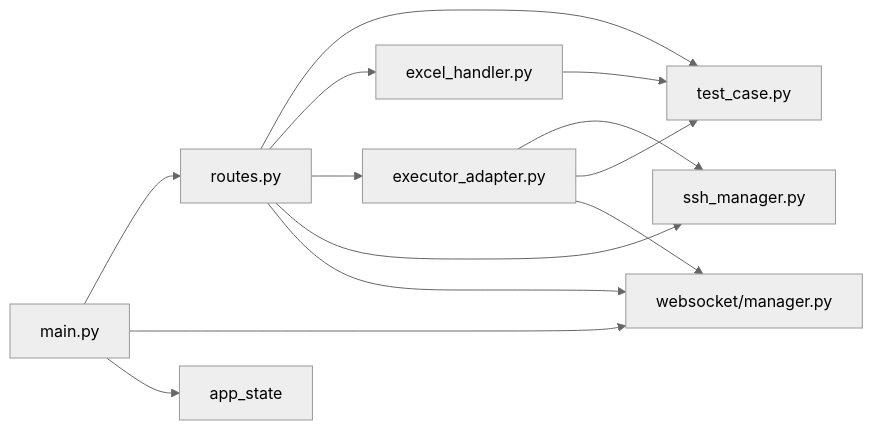
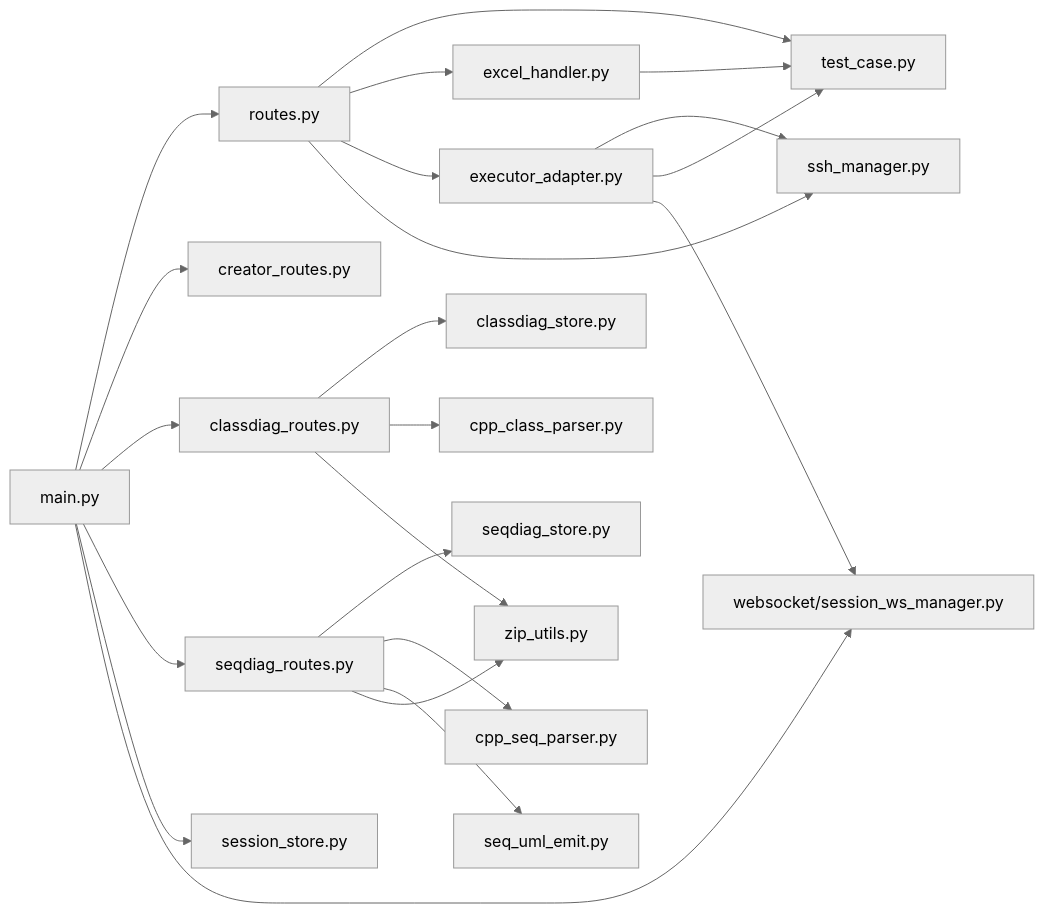
One commit to zhaoja1205/automatedTest changed the third of 7 diagrams in docs/DIAGRAMS.md. Above: the diagram before and after it, drawn with Mermaid (neutral theme). The commit also changed other lines of this file and 5 other files, not shown here.

````diff
--- a/docs/DIAGRAMS.md
+++ b/docs/DIAGRAMS.md
@@ -85,17 +109,28 @@
 ```mermaid
 graph LR
     Main[main.py] --> Routes[routes.py]
-    Main --> WsManager[websocket/manager.py]
-    Main --> AppState[app_state]
+    Main --> CreatorRoutes[creator_routes.py]
+    Main --> ClassDiagRoutes[classdiag_routes.py]
+    Main --> SeqDiagRoutes[seqdiag_routes.py]
+    Main --> SessionStore[session_store.py]
+    Main --> WsManager[websocket/session_ws_manager.py]
 
     Routes --> TestCase[test_case.py]
     Routes --> Excel[excel_handler.py]
     Routes --> Executor[executor_adapter.py]
     Routes --> SSH[ssh_manager.py]
-    Routes --> WsManager
+
+    ClassDiagRoutes --> ClassDiagStore[classdiag_store.py]
+    ClassDiagRoutes --> CppClassParser[cpp_class_parser.py]
+    ClassDiagRoutes --> ZipUtils[zip_utils.py]
+
+    SeqDiagRoutes --> SeqDiagStore[seqdiag_store.py]
+    SeqDiagRoutes --> CppSeqParser[cpp_seq_parser.py]
+    SeqDiagRoutes --> SeqUmlEmit[seq_uml_emit.py]
+    SeqDiagRoutes --> ZipUtils
 
     Executor --> SSH
     Executor --> TestCase
     Executor --> WsManager
     Excel --> TestCase
 ```
````
